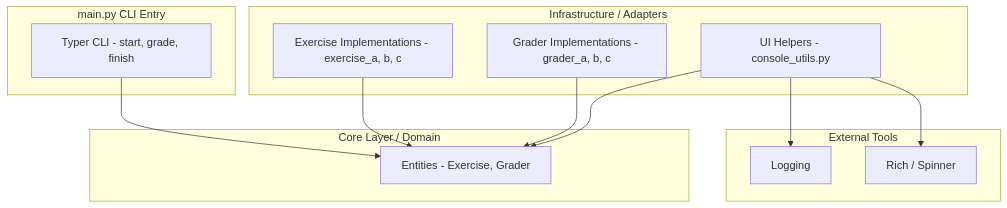
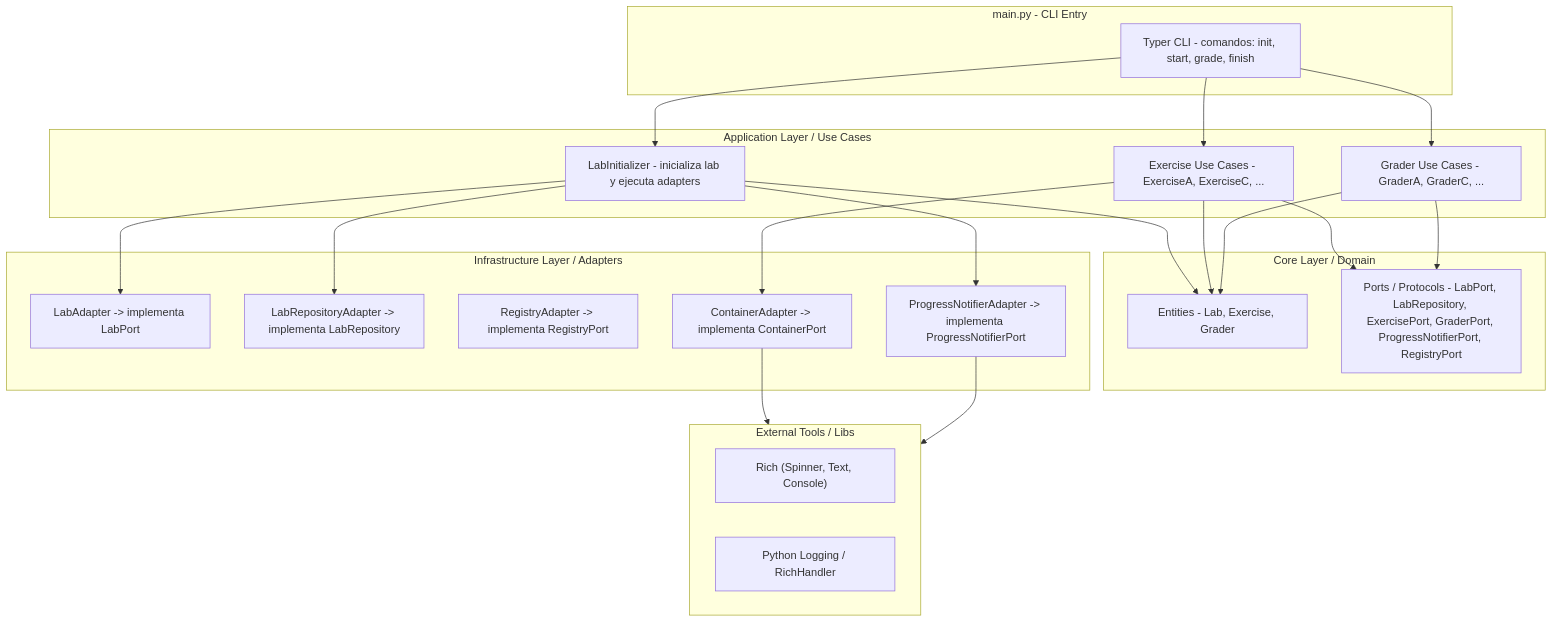
One commit to dravel04/Ansible101 changed the diagram in cliapp/README.md. Above: the diagram before and after it, drawn with Mermaid. The commit also changed 34 other files, not shown here.

````diff
--- a/cliapp/README.md
+++ b/cliapp/README.md
@@ -3,29 +3,56 @@
 ```mermaid
 flowchart TB
-    subgraph Main["main.py CLI Entry"]
-      MainCLI["Typer CLI - start, grade, finish"]
+    %% Main CLI
+    subgraph Main["main.py - CLI Entry"]
+        CLI["Typer CLI - comandos: init, start, grade, finish"]
     end
 
+    %% Core / Domain
     subgraph Core["Core Layer / Domain"]
-      Entities["Entities - Exercise, Grader"]
+        Entities["Entities - Lab, Exercise, Grader"]
+        Ports["Ports / Protocols - LabPort, LabRepository, ExercisePort, GraderPort, ProgressNotifierPort, RegistryPort"]
     end
 
-    subgraph Infra["Infrastructure / Adapters"]
-        ExerciseInfra["Exercise Implementations - exercise_a, b, c"]
-        GraderInfra["Grader Implementations - grader_a, b, c"]
-        UIInfra["UI Helpers - console_utils.py"]
+    %% Application / Use Cases
+    subgraph App["Application Layer / Use Cases"]
+        LabInit["LabInitializer - inicializa lab y ejecuta adapters"]
+        ExerciseUC["Exercise Use Cases - ExerciseA, ExerciseC, ..."]
+        GraderUC["Grader Use Cases - GraderA, GraderC, ..."]
     end
 
-    subgraph External["External Tools"]
-        Rich["Rich / Spinner"]
-        Logging["Logging"]
+    %% Infrastructure / Adapters
+    subgraph Infra["Infrastructure Layer / Adapters"]
+        LabAdapter["LabAdapter -> implementa LabPort"]
+        RepoAdapter["LabRepositoryAdapter -> implementa LabRepository"]
+        RegistryAdapter["RegistryAdapter -> implementa RegistryPort"]
+        ContainerAdapter["ContainerAdapter -> implementa ContainerPort"]
+        UIHelpers["ProgressNotifierAdapter -> implementa ProgressNotifierPort"]
     end
 
-    %% Relationships
-    MainCLI --> Entities
-    ExerciseInfra --> Entities
-    GraderInfra --> Entities
-    UIInfra --> Entities
-    UIInfra --> Logging
-    UIInfra --> Rich
+    %% External Tools
+    subgraph External["External Tools / Libs"]
+        Rich["Rich (Spinner, Text, Console)"]
+        Logging["Python Logging / RichHandler"]
+    end
+
+    %% Relaciones
+    CLI --> LabInit
+    CLI --> ExerciseUC
+    CLI --> GraderUC
+
+    LabInit --> LabAdapter
+    LabInit --> RepoAdapter
+    LabInit --> Entities
+    LabInit --> UIHelpers
+
+    ExerciseUC --> Entities
+    ExerciseUC --> Ports
+    ExerciseUC --> ContainerAdapter
+
+    GraderUC --> Entities
+    GraderUC --> Ports
+
+    ContainerAdapter --> External
+    UIHelpers --> External
+
 ```
````
